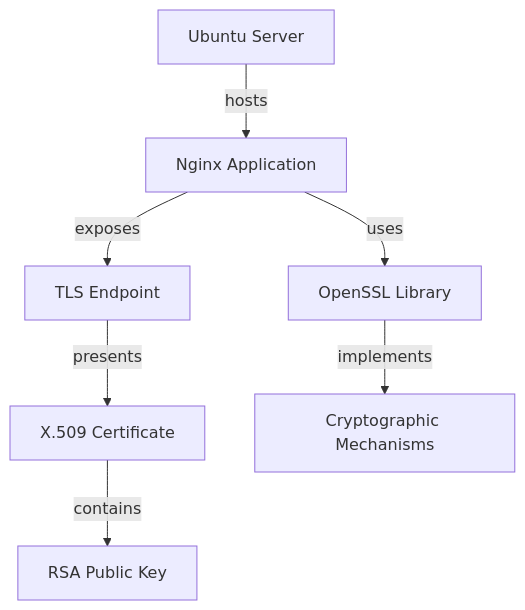
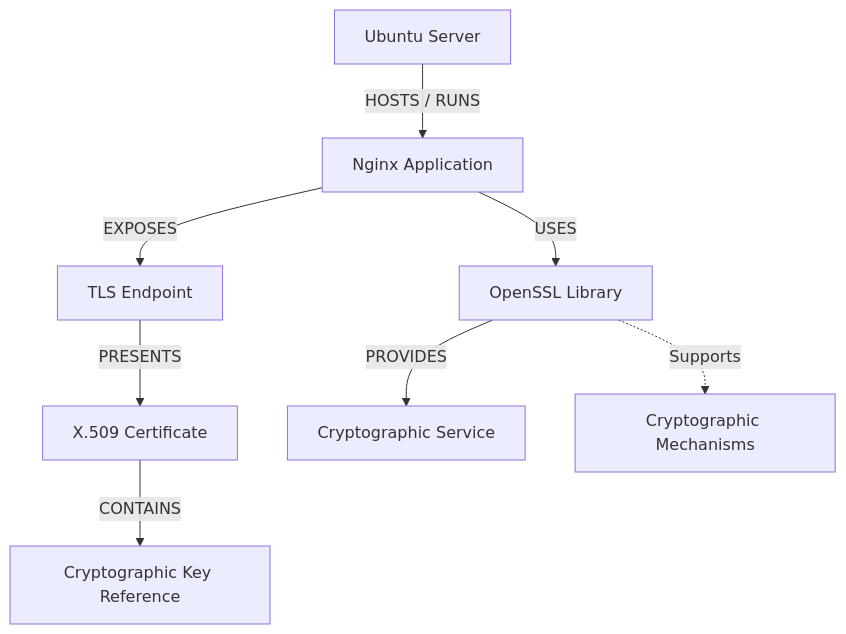
Before and after one commit to git-loa/cryptographic-inventory-pqc-risk-assessment: the diagram in docs/architecture/collection/cryptographic-asset-taxonomy.md, drawn with Mermaid. The commit also changed other lines of this file and 9 other files, not shown here.

Commit message:
feature: refactor relationship rules / docs: rewrite domain architecture documentation

````diff
--- a/docs/architecture/collection/cryptographic-asset-taxonomy.md
+++ b/docs/architecture/collection/cryptographic-asset-taxonomy.md
@@ -82,16 +82,19 @@
 ```mermaid
 flowchart TD
     S[Ubuntu Server]
     A[Nginx Application]
     E[TLS Endpoint]
     C[X.509 Certificate]
-    K[RSA Public Key]
+    K[Cryptographic Key Reference]
     L[OpenSSL Library]
+    CS[Cryptographic Service]
+    M[Cryptographic Mechanisms]
 
-    S -->|hosts| A
-    A -->|exposes| E
-    E -->|presents| C
-    C -->|contains| K
-    A -->|uses| L
-    L -->|implements| CR[Cryptographic Mechanisms]
+    S -->|HOSTS / RUNS| A
+    A -->|EXPOSES| E
+    E -->|PRESENTS| C
+    C -->|CONTAINS| K
+    A -->|USES| L
+    L -->|PROVIDES| CS
+    L -.->|Supports| M
 ```
````
